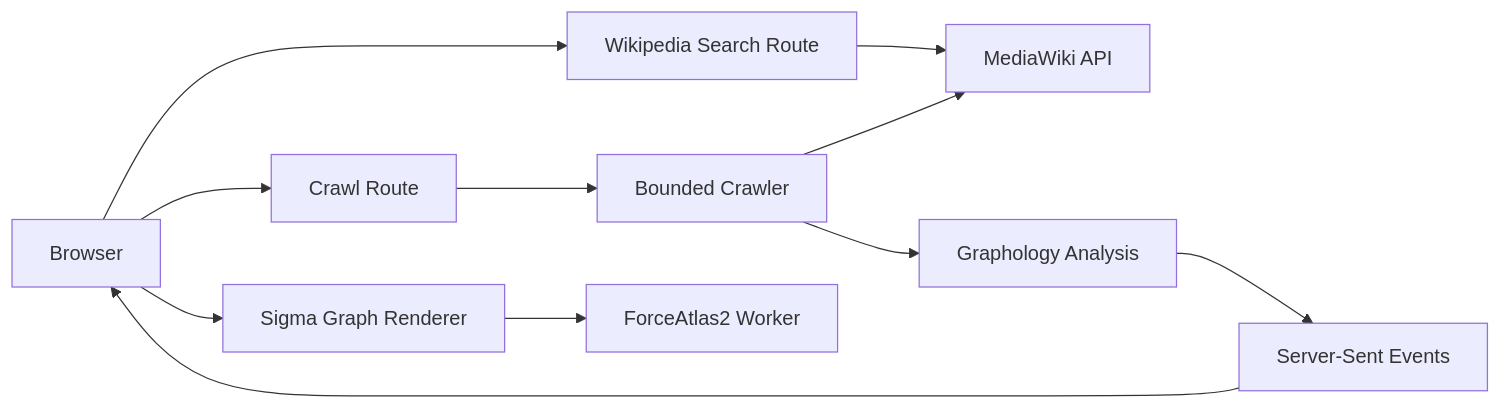
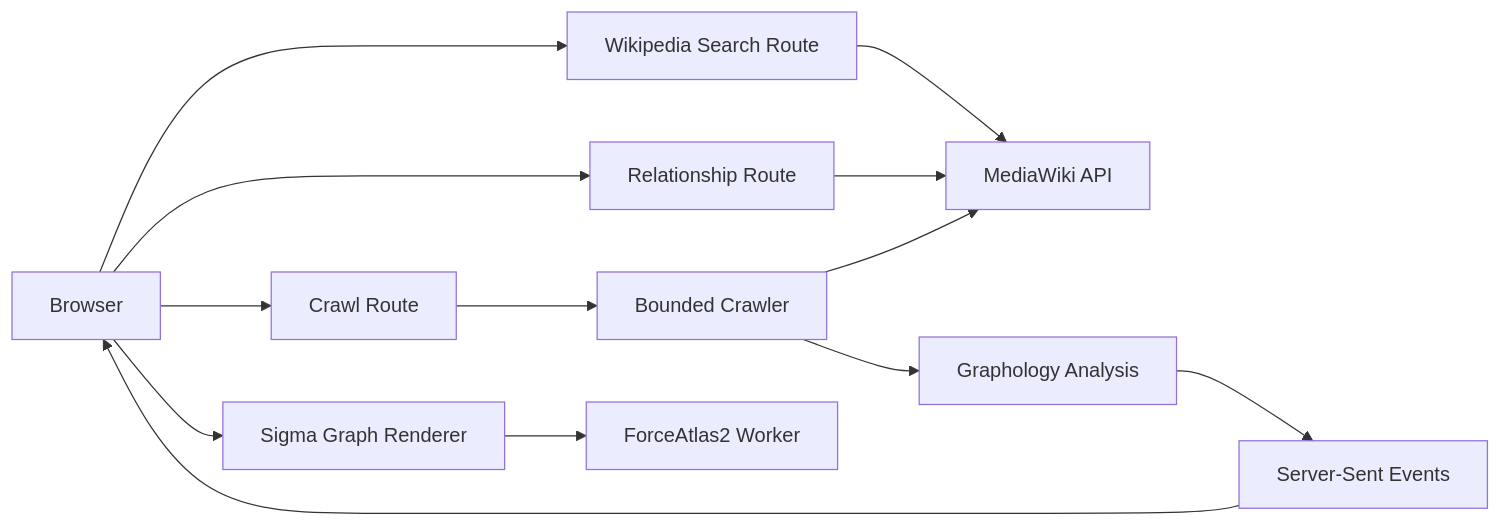
The diagram in README.md (Adityavardhanjain/WikiCrawl), drawn with Mermaid before and after one commit. The commit also changed other lines of this file and 15 other files, not shown here.

````diff
--- a/README.md
+++ b/README.md
@@ -38,16 +39,17 @@
 ```mermaid
 flowchart LR
     U[Browser] --> S[Wikipedia Search Route]
     U --> C[Crawl Route]
+    U --> RR[Relationship Route]
 
     S --> W[MediaWiki API]
-    C --> R[Bounded Crawler]
-    R --> W
-
-    R --> A[Graphology Analysis]
+    C --> BC[Bounded Crawler]
+    RR --> W
+    BC --> W
+    BC --> A[Graphology Analysis]
     A --> E[Server-Sent Events]
     E --> U
 
     U --> G[Sigma Graph Renderer]
     G --> F[ForceAtlas2 Worker]
 ```
````
